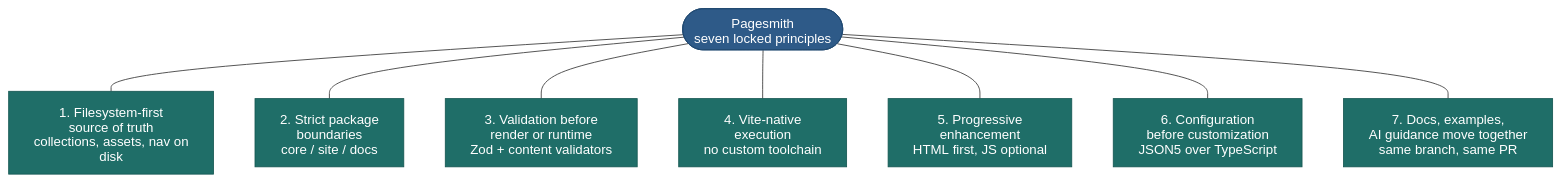
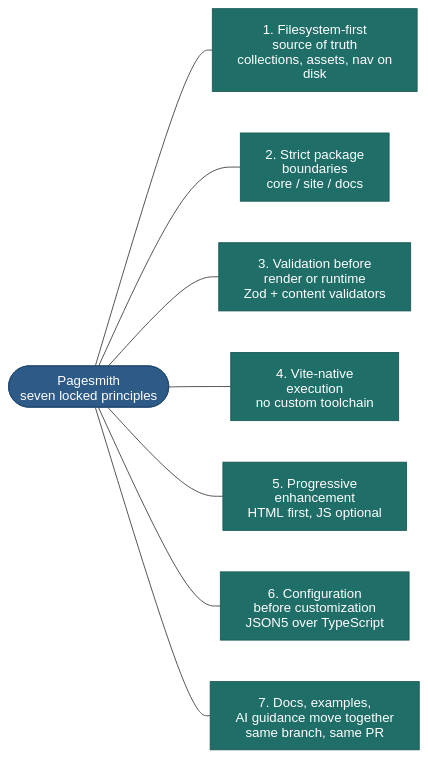
The diagram in docs/content/guide/philosophy/diagrams/principles-overview.mermaid (sujeet-pro/pagesmith), drawn with Mermaid before and after one commit. The commit also changed 129 other files, not shown here.

```diff
--- a/docs/content/guide/philosophy/diagrams/principles-overview.mermaid
+++ b/docs/content/guide/philosophy/diagrams/principles-overview.mermaid
@@ -1,24 +1,16 @@
 %% Diagram: Seven Pagesmith principles
 %% Type: flowchart
 %%{init: {'htmlLabels': false}}%%
-flowchart TB
+flowchart LR
   hub(["Pagesmith\nseven locked principles"]):::hub
 
-  hub --- filesystem
-  hub --- boundaries
-  hub --- validation
-  hub --- vite
-  hub --- progressive
-  hub --- config
-  hub --- parity
-
-  filesystem["1. Filesystem-first\nsource of truth\ncollections, assets, nav on disk"]:::tenet
-  boundaries["2. Strict package\nboundaries\ncore / site / docs"]:::tenet
-  validation["3. Validation before\nrender or runtime\nZod + content validators"]:::tenet
-  vite["4. Vite-native\nexecution\nno custom toolchain"]:::tenet
-  progressive["5. Progressive\nenhancement\nHTML first, JS optional"]:::tenet
-  config["6. Configuration\nbefore customization\nJSON5 over TypeScript"]:::tenet
-  parity["7. Docs, examples,\nAI guidance move together\nsame branch, same PR"]:::tenet
+  hub --- filesystem["1. Filesystem-first\nsource of truth\ncollections, assets, nav on disk"]:::tenet
+  hub --- boundaries["2. Strict package\nboundaries\ncore / site / docs"]:::tenet
+  hub --- validation["3. Validation before\nrender or runtime\nZod + content validators"]:::tenet
+  hub --- vite["4. Vite-native\nexecution\nno custom toolchain"]:::tenet
+  hub --- progressive["5. Progressive\nenhancement\nHTML first, JS optional"]:::tenet
+  hub --- config["6. Configuration\nbefore customization\nJSON5 over TypeScript"]:::tenet
+  hub --- parity["7. Docs, examples,\nAI guidance move together\nsame branch, same PR"]:::tenet
 
   classDef hub fill:#2E5A88,stroke:#1F4870,color:#ffffff
   classDef tenet fill:#1F6E68,stroke:#155752,color:#ffffff
```
